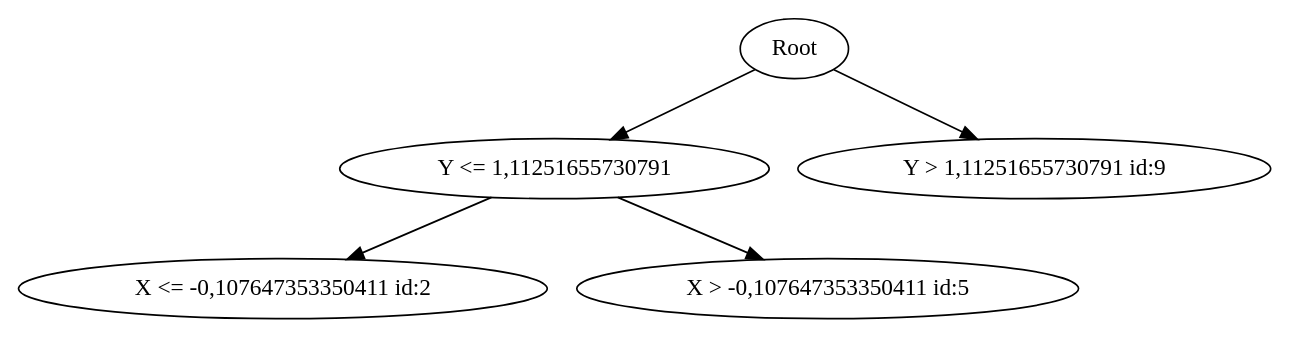
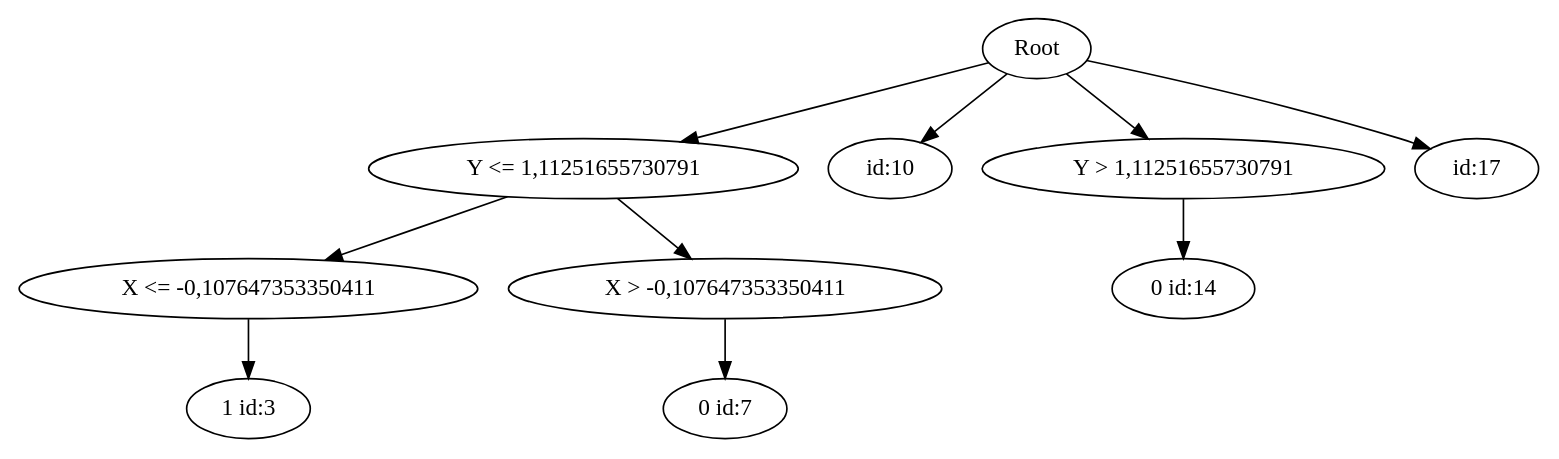
One commit to geper/Decision_tree changed the diagram in DecisionTrees/bin/Debug/Resources/recursion.gv. Above: the diagram before and after it, drawn with Graphviz. The commit also changed 18 other files, not shown here.

```diff
--- a/DecisionTrees/bin/Debug/Resources/recursion.gv
+++ b/DecisionTrees/bin/Debug/Resources/recursion.gv
@@ -1,16 +1,30 @@
 digraph G {
 "Root"
 ->
 "Y <= 1,11251655730791"
 ->
-"X <= -0,107647353350411 id:2"
+"X <= -0,107647353350411"
+->
+"1 id:3"
 ;
 "Y <= 1,11251655730791"
 ->
-"X > -0,107647353350411 id:5"
+"X > -0,107647353350411"
+->
+"0 id:7"
 ;
 "Root"
 ->
-"Y > 1,11251655730791 id:9"
+" id:10"
+;
+"Root"
+->
+"Y > 1,11251655730791"
+->
+"0 id:14"
+;
+"Root"
+->
+" id:17"
 ;
 }
```
